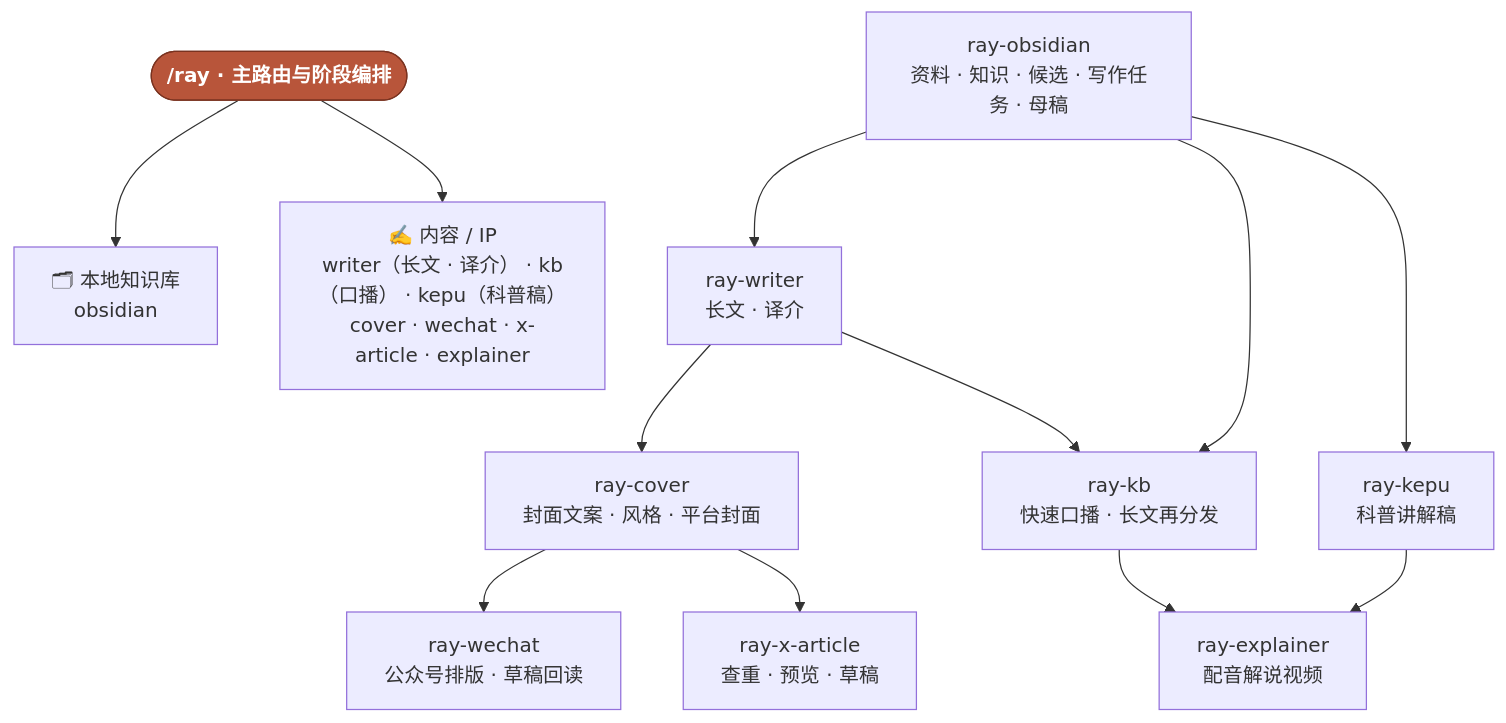
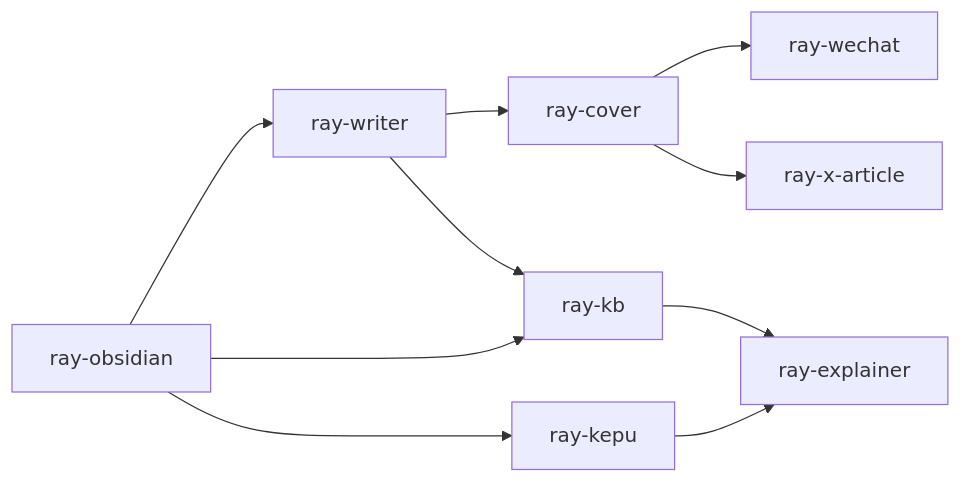
One commit to imraywang/rayskills changed the diagram in README.md. Above: the diagram before and after it, drawn with Mermaid. The commit also changed other lines of this file and 2 other files, not shown here.

````diff
--- a/README.md
+++ b/README.md
@@ -72,19 +54,12 @@
 ```mermaid
-flowchart TD
-    RAY(["/ray · 主路由与阶段编排"]):::hub
-
-    RAY --> KNOWLEDGE["🗂 本地知识库<br/>obsidian"]
-    RAY --> CONTENT["✍️ 内容 / IP<br/>writer（长文 · 译介） · kb（口播） · kepu（科普稿）<br/>cover · wechat · x-article · explainer"]
-
-    OBSIDIAN["ray-obsidian<br/>资料 · 知识 · 候选 · 写作任务 · 母稿"] --> WRITER["ray-writer<br/>长文 · 译介"]
-    WRITER --> COVER["ray-cover<br/>封面文案 · 风格 · 平台封面"]
-    OBSIDIAN --> KB["ray-kb<br/>快速口播 · 长文再分发"]
+flowchart LR
+    OBSIDIAN[ray-obsidian] --> WRITER[ray-writer]
+    OBSIDIAN --> KB[ray-kb]
+    OBSIDIAN --> KEPU[ray-kepu]
+    WRITER --> COVER[ray-cover]
     WRITER --> KB
-    OBSIDIAN --> KEPU["ray-kepu<br/>科普讲解稿"]
-    KB --> EXPLAINER["ray-explainer<br/>配音解说视频"]
+    KB --> EXPLAINER[ray-explainer]
     KEPU --> EXPLAINER
-    COVER --> WECHAT["ray-wechat<br/>公众号排版 · 草稿回读"]
-    COVER --> XARTICLE["ray-x-article<br/>查重 · 预览 · 草稿"]
-
-    classDef hub fill:#b8553a,stroke:#7a3320,color:#fff,font-weight:bold;
+    COVER --> WECHAT[ray-wechat]
+    COVER --> XARTICLE[ray-x-article]
 ```
````
